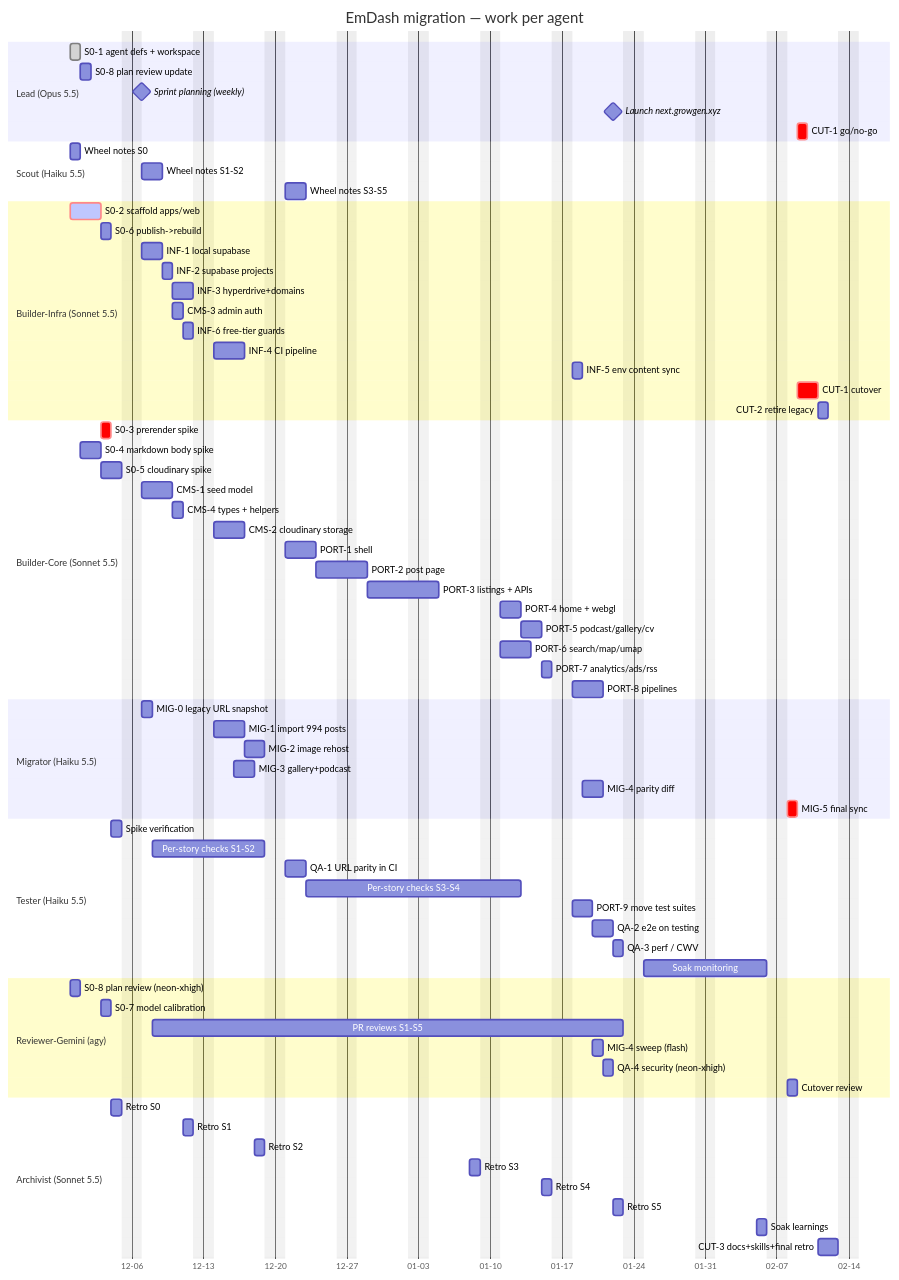
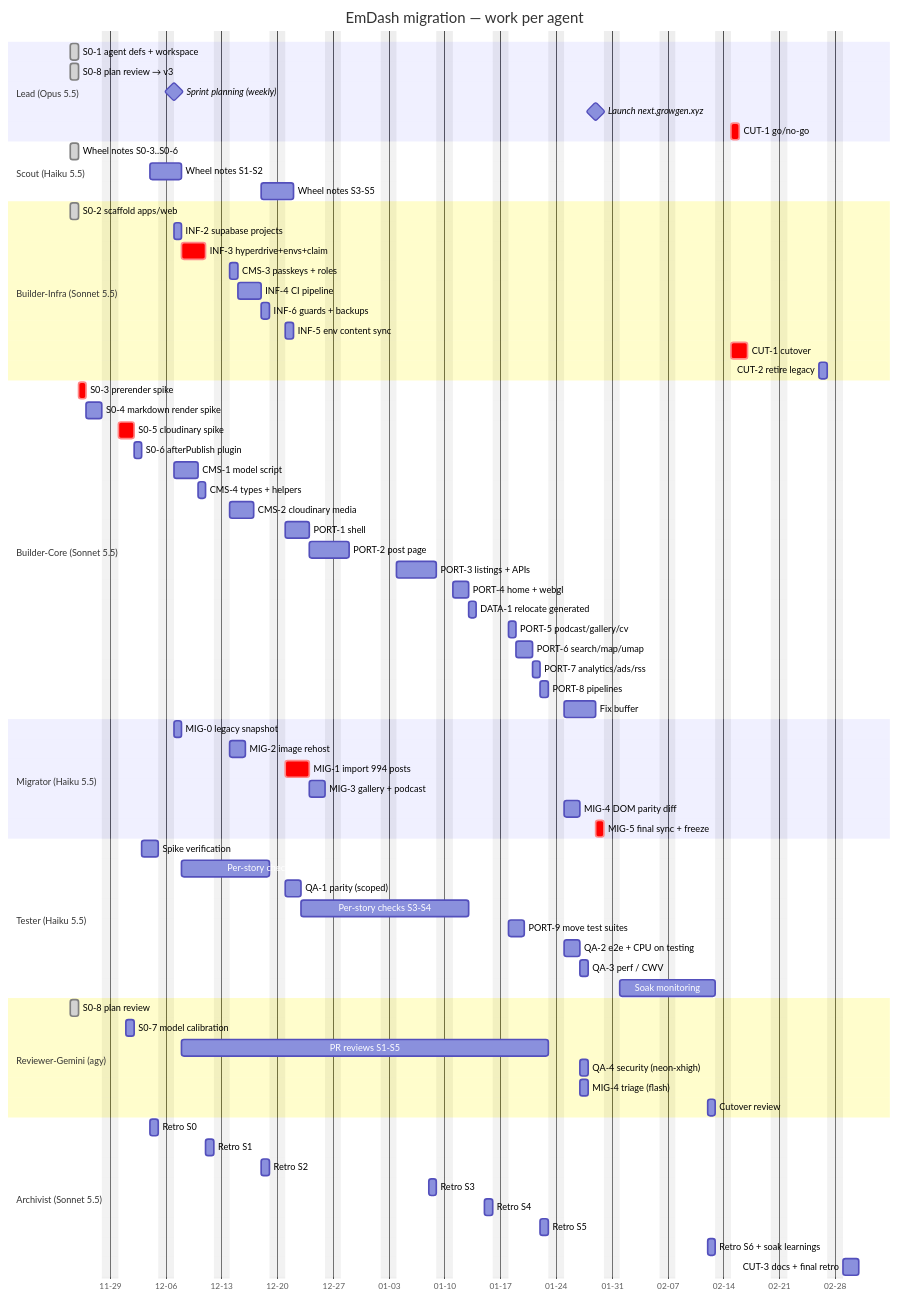
The second of 2 diagrams in docs/plan/emdash-migration-plan.md (gongbaodd/blog.gongbushang.com), drawn with Mermaid before and after one commit. The commit also changed other lines of this file and 3 other files, not shown here.

Commit message:
docs(plan): v3 — fold in S0-2 results, scout notes, and Gemini review dispositions

````diff
--- a/docs/plan/emdash-migration-plan.md
+++ b/docs/plan/emdash-migration-plan.md
@@ -261,71 +272,72 @@
   axisFormat %m-%d
 
   section Lead (Opus 5.5)
-  S0-1 agent defs + workspace :done, lead1, 2026-11-30, 1d
-  S0-8 plan review update     :lead2, after agy1, 1d
+  S0-1 agent defs + workspace :done, lead1, 2026-11-24, 1d
+  S0-8 plan review → v3       :done, lead2, 2026-11-24, 1d
   Sprint planning (weekly)    :milestone, lead3, 2026-12-07, 0d
-  Launch next.growgen.xyz     :milestone, lead4, 2027-01-22, 0d
-  CUT-1 go/no-go              :crit, lead5, 2027-02-09, 1d
+  Launch next.growgen.xyz     :milestone, lead4, 2027-01-29, 0d
+  CUT-1 go/no-go              :crit, lead5, 2027-02-15, 1d
 
   section Scout (Haiku 5.5)
-  Wheel notes S0              :sc1, 2026-11-30, 1d
-  Wheel notes S1-S2           :sc2, 2026-12-07, 2d
-  Wheel notes S3-S5           :sc3, 2026-12-21, 2d
+  Wheel notes S0-3..S0-6      :done, sc1, 2026-11-24, 1d
+  Wheel notes S1-S2           :sc2, 2026-12-04, 2d
+  Wheel notes S3-S5           :sc3, 2026-12-18, 2d
 
   section Builder-Infra (Sonnet 5.5)
-  S0-2 scaffold apps/web      :active, crit, bi1, 2026-11-30, 3d
-  S0-6 publish->rebuild       :bi2, after bi1, 1d
-  INF-1 local supabase        :bi3, 2026-12-07, 2d
-  INF-2 supabase projects     :bi4, after bi3, 1d
-  INF-3 hyperdrive+domains    :bi5, after bi4, 2d
-  CMS-3 admin auth            :bi6, 2026-12-10, 1d
-  INF-6 free-tier guards      :bi6b, 2026-12-11, 1d
-  INF-4 CI pipeline           :bi7, 2026-12-14, 3d
-  INF-5 env content sync      :bi8, 2027-01-18, 1d
-  CUT-1 cutover               :crit, bi9, 2027-02-09, 2d
-  CUT-2 retire legacy         :bi10, after bi9, 1d
+  S0-2 scaffold apps/web      :done, bi1, 2026-11-24, 1d
+  INF-2 supabase projects     :bi2, 2026-12-07, 1d
+  INF-3 hyperdrive+envs+claim :crit, bi3, after bi2, 3d
+  CMS-3 passkeys + roles      :bi4, 2026-12-14, 1d
+  INF-4 CI pipeline           :bi5, after bi4, 3d
+  INF-6 guards + backups      :bi6, after bi5, 1d
+  INF-5 env content sync      :bi7, 2026-12-21, 1d
+  CUT-1 cutover               :crit, bi8, 2027-02-15, 2d
+  CUT-2 retire legacy         :bi9, 2027-02-26, 1d
 
   section Builder-Core (Sonnet 5.5)
-  S0-3 prerender spike        :crit, bc1, after bi1, 1d
-  S0-4 markdown body spike    :bc2, 2026-12-01, 2d
-  S0-5 cloudinary spike       :bc3, after bc2, 2d
-  CMS-1 seed model            :bc4, 2026-12-07, 3d
-  CMS-4 types + helpers       :bc5, after bc4, 1d
-  CMS-2 cloudinary storage    :bc6, 2026-12-14, 3d
-  PORT-1 shell                :bc7, 2026-12-21, 3d
-  PORT-2 post page            :bc8, after bc7, 3d
-  PORT-3 listings + APIs      :bc9, after bc8, 5d
-  PORT-4 home + webgl         :bc10, 2027-01-11, 2d
-  PORT-5 podcast/gallery/cv   :bc11, after bc10, 2d
-  PORT-6 search/map/umap      :bc12, 2027-01-11, 3d
-  PORT-7 analytics/ads/rss    :bc13, after bc11, 1d
-  PORT-8 pipelines            :bc14, 2027-01-18, 3d
+  S0-3 prerender spike        :crit, bc1, 2026-11-25, 1d
+  S0-4 markdown render spike  :bc2, after bc1, 2d
+  S0-5 cloudinary spike       :crit, bc3, after bc2, 2d
+  S0-6 afterPublish plugin    :bc4, after bc3, 1d
+  CMS-1 model script          :bc5, 2026-12-07, 3d
+  CMS-4 types + helpers       :bc6, after bc5, 1d
+  CMS-2 cloudinary media      :bc7, 2026-12-14, 3d
+  PORT-1 shell                :bc8, 2026-12-21, 3d
+  PORT-2 post page            :bc9, after bc8, 3d
+  PORT-3 listings + APIs      :bc10, 2027-01-04, 5d
+  PORT-4 home + webgl         :bc11, after bc10, 2d
+  DATA-1 relocate generated   :bc12, after bc11, 1d
+  PORT-5 podcast/gallery/cv   :bc13, 2027-01-18, 1d
+  PORT-6 search/map/umap      :bc14, after bc13, 2d
+  PORT-7 analytics/ads/rss    :bc15, after bc14, 1d
+  PORT-8 pipelines            :bc16, after bc15, 1d
+  Fix buffer                  :bc17, 2027-01-25, 4d
 
   section Migrator (Haiku 5.5)
-  MIG-0 legacy URL snapshot   :mg0, 2026-12-07, 1d
-  MIG-1 import 994 posts      :mg1, 2026-12-14, 3d
-  MIG-2 image rehost          :mg2, after mg1, 2d
-  MIG-3 gallery+podcast       :mg3, 2026-12-16, 2d
-  MIG-4 parity diff           :mg4, 2027-01-19, 2d
-  MIG-5 final sync            :crit, mg5, 2027-02-08, 1d
+  MIG-0 legacy snapshot       :mg0, 2026-12-07, 1d
+  MIG-2 image rehost          :mg1, 2026-12-14, 2d
+  MIG-1 import 994 posts      :crit, mg2, 2026-12-21, 3d
+  MIG-3 gallery + podcast     :mg3, after mg2, 2d
+  MIG-4 DOM parity diff       :mg4, 2027-01-25, 2d
+  MIG-5 final sync + freeze   :crit, mg5, 2027-01-29, 1d
 
   section Tester (Haiku 5.5)
-  Spike verification          :t1, 2026-12-04, 1d
+  Spike verification          :t1, 2026-12-03, 2d
   Per-story checks S1-S2      :t2, 2026-12-08, 9d
-  QA-1 URL parity in CI       :t3, 2026-12-21, 2d
-  Per-story checks S3-S4      :t4, 2026-12-23, 15d
+  QA-1 parity (scoped)        :t3, 2026-12-21, 2d
+  Per-story checks S3-S4      :t4, after t3, 15d
   PORT-9 move test suites     :t5, 2027-01-18, 2d
-  QA-2 e2e on testing         :t6, after t5, 2d
-  QA-3 perf / CWV             :t7, 2027-01-22, 1d
-  Soak monitoring             :t8, 2027-01-25, 10d
+  QA-2 e2e + CPU on testing   :t6, 2027-01-25, 2d
+  QA-3 perf / CWV             :t7, after t6, 1d
+  Soak monitoring             :t8, 2027-02-01, 10d
 
   section Reviewer-Gemini (agy)
-  S0-8 plan review (neon-xhigh) :agy1, 2026-11-30, 1d
-  S0-7 model calibration      :agy2, 2026-12-03, 1d
+  S0-8 plan review            :done, agy1, 2026-11-24, 1d
+  S0-7 model calibration      :agy2, 2026-12-01, 1d
   PR reviews S1-S5            :agy3, 2026-12-08, 34d
-  MIG-4 sweep (flash)         :agy4, 2027-01-20, 1d
-  QA-4 security (neon-xhigh)  :agy5, 2027-01-21, 1d
-  Cutover review              :agy6, 2027-02-08, 1d
+  QA-4 security (neon-xhigh)  :agy4, 2027-01-27, 1d
+  MIG-4 triage (flash)        :agy5, 2027-01-27, 1d
+  Cutover review              :agy6, 2027-02-12, 1d
 
   section Archivist (Sonnet 5.5)
   Retro S0                    :ar0, 2026-12-04, 1d
@@ -334,6 +346,6 @@
   Retro S3                    :ar3, 2027-01-08, 1d
   Retro S4                    :ar4, 2027-01-15, 1d
   Retro S5                    :ar5, 2027-01-22, 1d
-  Soak learnings              :ar6, 2027-02-05, 1d
-  CUT-3 docs+skills+final retro :ar7, 2027-02-11, 2d
+  Retro S6 + soak learnings   :ar6, 2027-02-12, 1d
+  CUT-3 docs + final retro    :ar7, 2027-03-01, 2d
 ```
````
